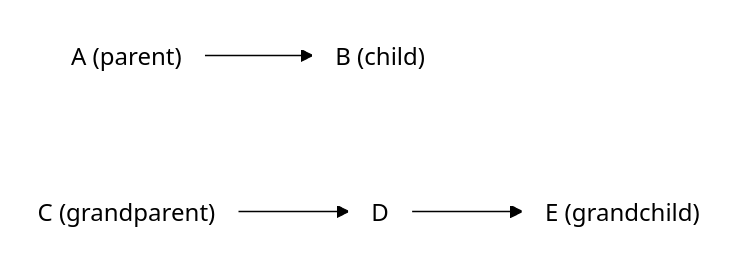
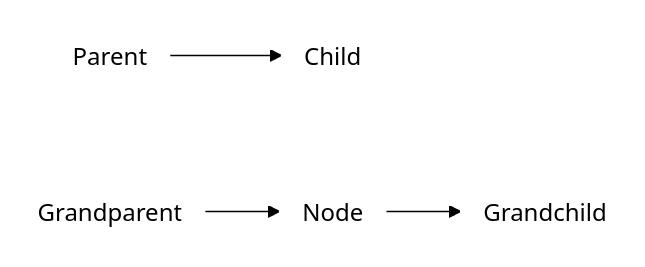
One commit to birth-outcomes/birth_outcomes_summary changed the second of 28 diagrams in book_birth_outcomes_summary/_build/html/_sources/design_causal.md. Above: the diagram before and after it, drawn with Mermaid (forest theme). The commit also changed other lines of this file and 59 other files, not shown here.

`````diff
--- a/book_birth_outcomes_summary/_build/html/_sources/design_causal.md
+++ b/book_birth_outcomes_summary/_build/html/_sources/design_causal.md
@@ -47,15 +70,15 @@
 ````{mermaid}
   flowchart LR;
 
-    a("A (parent)"):::white;
-    b("B (child)"):::white;
-    c("C (grandparent)"):::white;
-    d("D"):::white;
-    e("E (grandchild)"):::white;
+    a("Parent"):::white;
+    b("Child"):::white;
+    c("Grandparent"):::white;
+    d("Node"):::white;
+    e("Grandchild"):::white;
 
     a --> b;
     c --> d; d --> e;
 
     classDef white fill:#FFFFFF, stroke:#FFFFFF
     classDef black fill:#FFFFFF, stroke:#000000
 ````
`````
